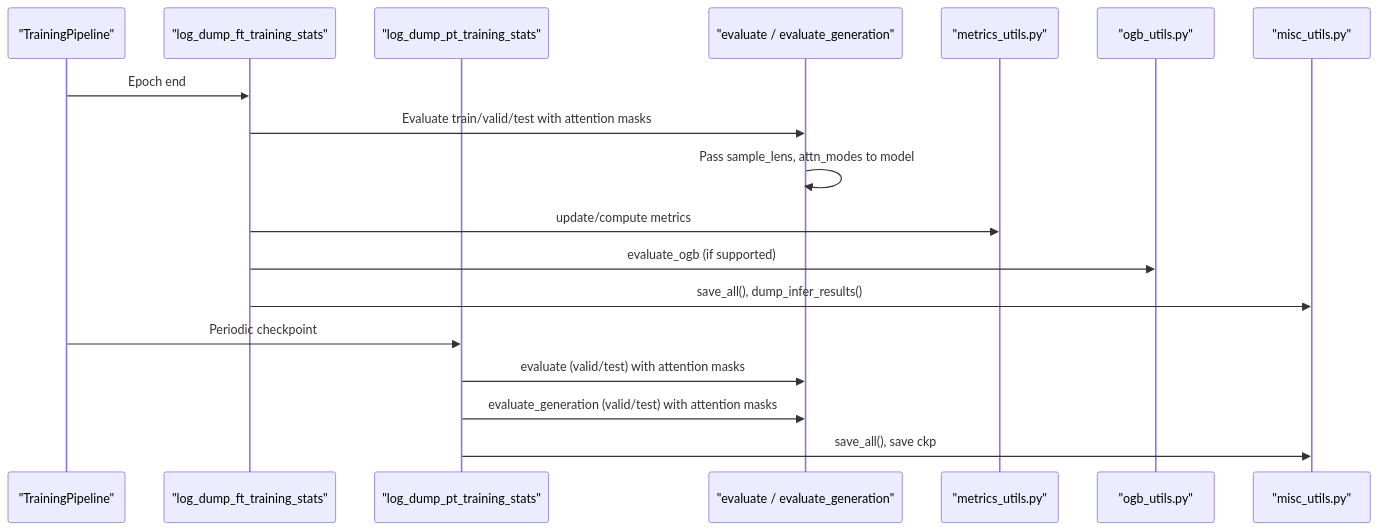
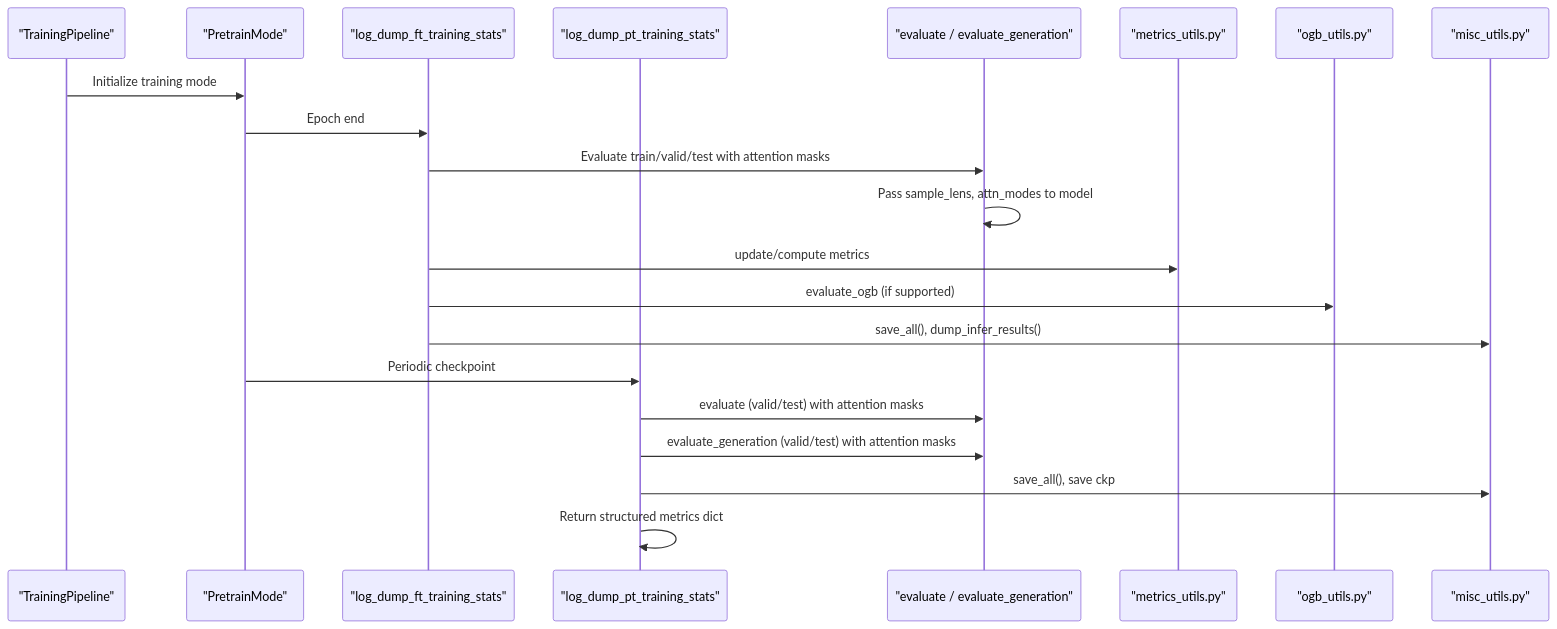
Before and after one commit to alibaba/graph-gpt: the fourth of 11 diagrams in .qoder/repowiki/en/content/Utility Functions/Logging & Evaluation.md, drawn with Mermaid. The commit also changed other lines of this file and 7 other files, not shown here.

````diff
--- a/.qoder/repowiki/en/content/Utility Functions/Logging & Evaluation.md
+++ b/.qoder/repowiki/en/content/Utility Functions/Logging & Evaluation.md
@@ -245,20 +253,23 @@
 ```mermaid
 sequenceDiagram
 participant TP as "TrainingPipeline"
+participant PM as "PretrainMode"
 participant FT as "log_dump_ft_training_stats"
 participant PT as "log_dump_pt_training_stats"
 participant EVAL as "evaluate / evaluate_generation"
 participant MET as "metrics_utils.py"
 participant OGB as "ogb_utils.py"
 participant MISC as "misc_utils.py"
-TP->>FT : Epoch end
+TP->>PM : Initialize training mode
+PM->>FT : Epoch end
 FT->>EVAL : Evaluate train/valid/test with attention masks
 EVAL->>EVAL : Pass sample_lens, attn_modes to model
 FT->>MET : update/compute metrics
 FT->>OGB : evaluate_ogb (if supported)
 FT->>MISC : save_all(), dump_infer_results()
-TP->>PT : Periodic checkpoint
+PM->>PT : Periodic checkpoint
 PT->>EVAL : evaluate (valid/test) with attention masks
 PT->>EVAL : evaluate_generation (valid/test) with attention masks
 PT->>MISC : save_all(), save ckp
+PT->>PT : Return structured metrics dict
 ```
````
